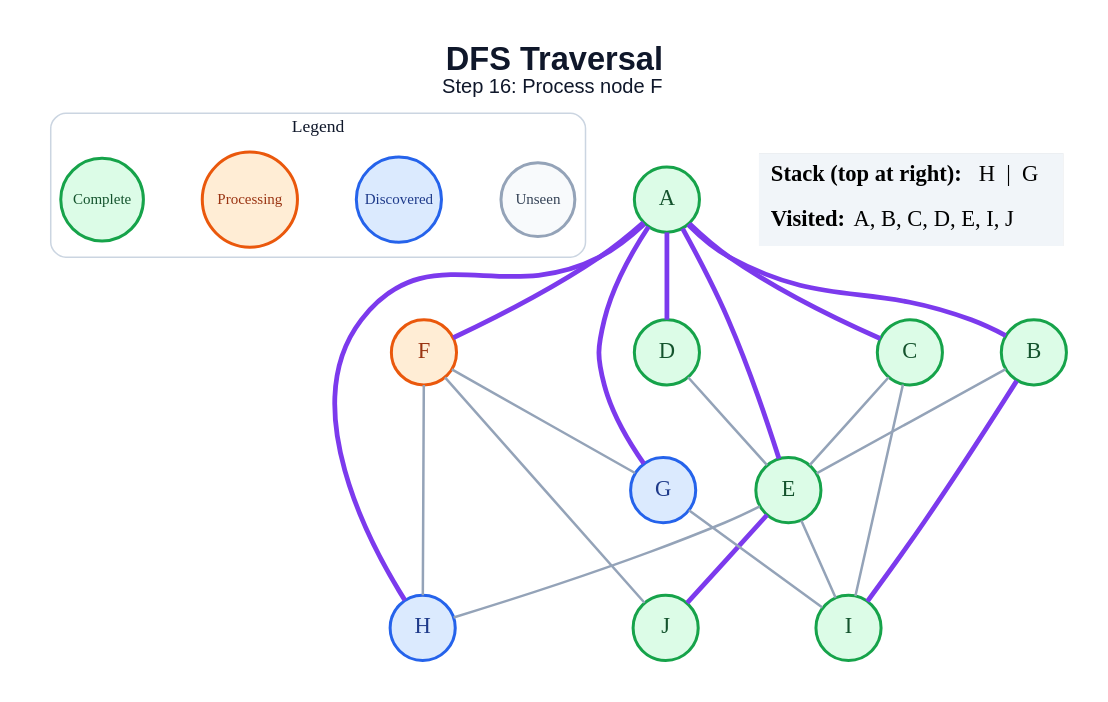
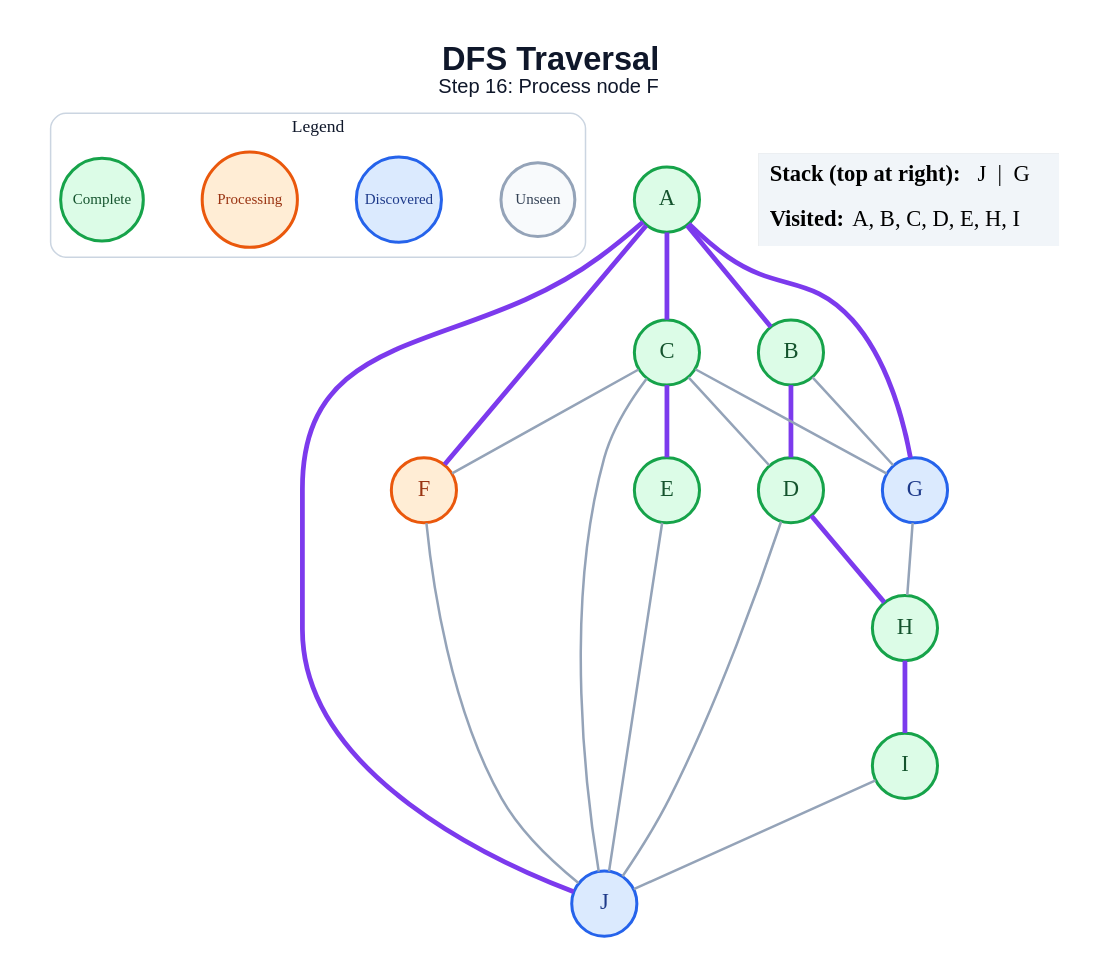
One commit to anon7238593-create/ai-slop changed the diagram in generated/dfs/step_16.dot. Above: the diagram before and after it, drawn with Graphviz. The commit also changed 178 other files, not shown here.

```diff
--- a/generated/dfs/step_16.dot
+++ b/generated/dfs/step_16.dot
@@ -1,48 +1,48 @@
 graph traversal {
   graph [layout=dot, rankdir=TB, bgcolor="#FFFFFF", pad="0.35", nodesep="0.65", ranksep="0.8", fontname="Arial"];
   node [shape=circle, style="filled", fontname="Arial Bold", fontsize=18, width=0.72, fixedsize=true, penwidth=2.4];
   edge [color="#94A3B8", penwidth=2.0];
   label=<<B>DFS Traversal</B><BR/><FONT POINT-SIZE="16">Step 16: Process node F</FONT>>; labelloc="t"; fontsize=26; fontname="Arial"; fontcolor="#0F172A";
   subgraph cluster_legend { label="Legend"; color="#CBD5E1"; penwidth=1.2; style="rounded"; fontsize=14; fontname="Arial Bold";
     key_unseen [label="Unseen", fillcolor="#F8FAFC", color="#94A3B8", fontcolor="#334155", fontsize=12, width=0.82];
     key_frontier [label="Discovered", fillcolor="#DBEAFE", color="#2563EB", fontcolor="#1E3A8A", fontsize=12, width=0.95];
     key_current [label="Processing", fillcolor="#FFEDD5", color="#EA580C", fontcolor="#9A3412", fontsize=12, width=1.05];
     key_done [label="Complete", fillcolor="#DCFCE7", color="#16A34A", fontcolor="#14532D", fontsize=12, width=0.92];
     { rank=same; key_unseen; key_frontier; key_current; key_done; }
   }
   A [fillcolor="#DCFCE7", color="#16A34A", fontcolor="#14532D"];
   B [fillcolor="#DCFCE7", color="#16A34A", fontcolor="#14532D"];
   C [fillcolor="#DCFCE7", color="#16A34A", fontcolor="#14532D"];
   D [fillcolor="#DCFCE7", color="#16A34A", fontcolor="#14532D"];
   E [fillcolor="#DCFCE7", color="#16A34A", fontcolor="#14532D"];
   F [fillcolor="#FFEDD5", color="#EA580C", fontcolor="#9A3412"];
   G [fillcolor="#DBEAFE", color="#2563EB", fontcolor="#1E3A8A"];
-  H [fillcolor="#DBEAFE", color="#2563EB", fontcolor="#1E3A8A"];
+  H [fillcolor="#DCFCE7", color="#16A34A", fontcolor="#14532D"];
   I [fillcolor="#DCFCE7", color="#16A34A", fontcolor="#14532D"];
-  J [fillcolor="#DCFCE7", color="#16A34A", fontcolor="#14532D"];
+  J [fillcolor="#DBEAFE", color="#2563EB", fontcolor="#1E3A8A"];
   A -- B [color="#7C3AED", penwidth=3.8];
   A -- C [color="#7C3AED", penwidth=3.8];
-  A -- D [color="#7C3AED", penwidth=3.8];
-  A -- E [color="#7C3AED", penwidth=3.8];
   A -- F [color="#7C3AED", penwidth=3.8];
   A -- G [color="#7C3AED", penwidth=3.8];
-  A -- H [color="#7C3AED", penwidth=3.8];
-  B -- E;
-  B -- I [color="#7C3AED", penwidth=3.8];
-  C -- E;
-  C -- I;
-  D -- E;
-  E -- H;
-  E -- I;
-  E -- J [color="#7C3AED", penwidth=3.8];
-  F -- G;
-  F -- H;
+  A -- J [color="#7C3AED", penwidth=3.8];
+  B -- D [color="#7C3AED", penwidth=3.8];
+  B -- G;
+  C -- D;
+  C -- E [color="#7C3AED", penwidth=3.8];
+  C -- F;
+  C -- G;
+  C -- J;
+  D -- H [color="#7C3AED", penwidth=3.8];
+  D -- J;
+  E -- J;
   F -- J;
-  G -- I;
+  G -- H;
+  H -- I [color="#7C3AED", penwidth=3.8];
+  I -- J;
   status [shape=plain, fixedsize=false, width=0, height=0, margin=0, label=<
     <TABLE BORDER="0" CELLBORDER="0" CELLPADDING="7" BGCOLOR="#F1F5F9">
-      <TR><TD ALIGN="LEFT"><B>Stack (top at right):</B> H  |  G</TD></TR>
-      <TR><TD ALIGN="LEFT"><B>Visited:</B> A, B, C, D, E, I, J</TD></TR>
+      <TR><TD ALIGN="LEFT"><B>Stack (top at right):</B> J  |  G</TD></TR>
+      <TR><TD ALIGN="LEFT"><B>Visited:</B> A, B, C, D, E, H, I</TD></TR>
     </TABLE>
   >];
 }
```
